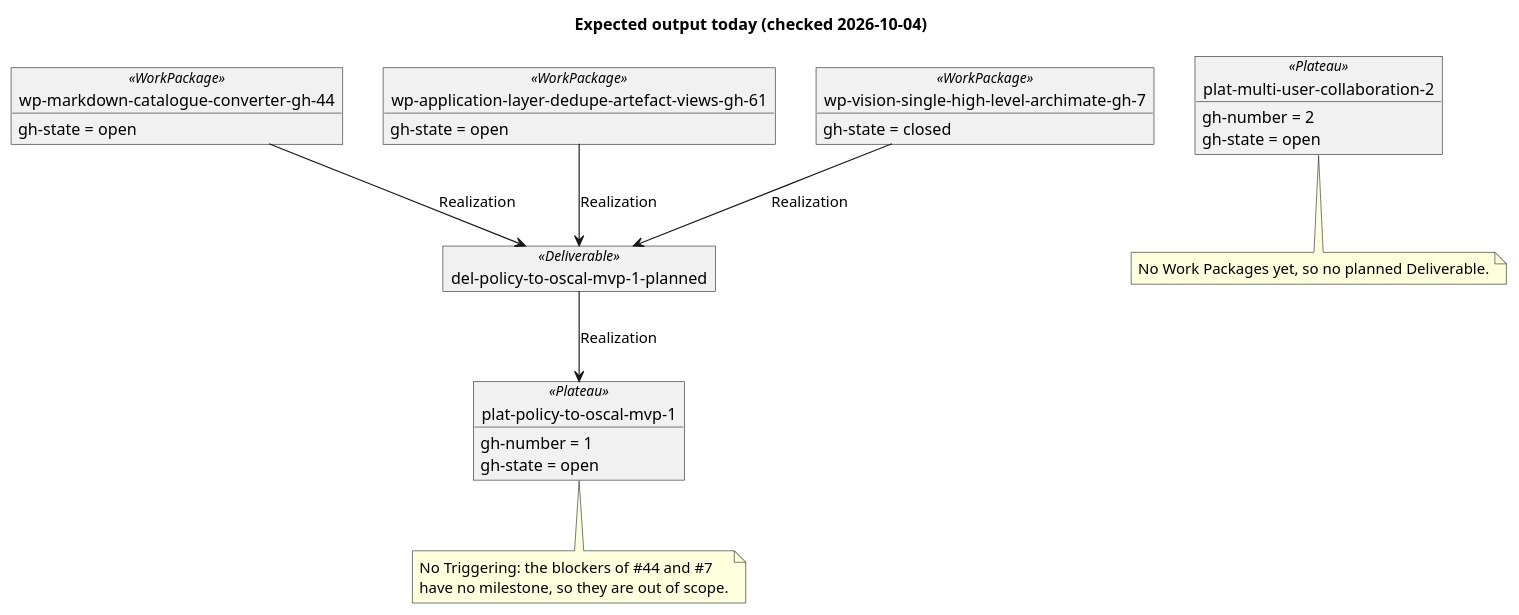
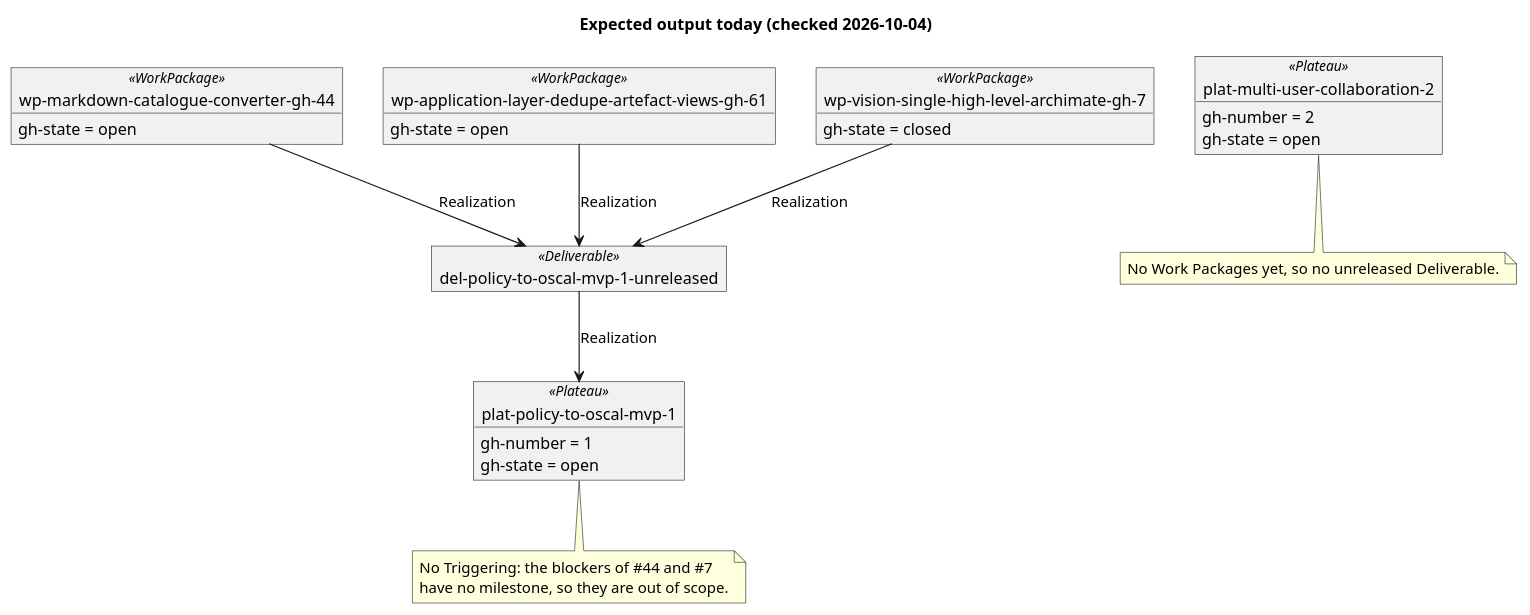
The diagram in specs/003-gh-roadmap-archimate/quickstart.md (wolffy-au/frictionless-architect), drawn with PlantUML before and after one commit. The commit also changed other lines of this file and 18 other files, not shown here.

````diff
--- a/specs/003-gh-roadmap-archimate/quickstart.md
+++ b/specs/003-gh-roadmap-archimate/quickstart.md
@@ -23,32 +23,32 @@
 ```plantuml
 @startuml
 title Expected output today (checked 2026-10-04)
 hide empty members
 
 object "plat-policy-to-oscal-mvp-1" as P <<Plateau>> {
   gh-number = 1
   gh-state = open
 }
 object "wp-markdown-catalogue-converter-gh-44" as W44 <<WorkPackage>> {
   gh-state = open
 }
 object "wp-application-layer-dedupe-artefact-views-gh-61" as W61 <<WorkPackage>> {
   gh-state = open
 }
 object "wp-vision-single-high-level-archimate-gh-7" as W7 <<WorkPackage>> {
   gh-state = closed
 }
 object "plat-multi-user-collaboration-2" as P2 <<Plateau>> {
   gh-number = 2
   gh-state = open
 }
-object "del-policy-to-oscal-mvp-1-planned" as D <<Deliverable>>
+object "del-policy-to-oscal-mvp-1-unreleased" as D <<Deliverable>>
 
 W44 --> D : Realization
 W61 --> D : Realization
 W7 --> D : Realization
 D --> P : Realization
-note bottom of P2 : No Work Packages yet, so no planned Deliverable.
+note bottom of P2 : No Work Packages yet, so no unreleased Deliverable.
 note bottom of P : No Triggering: the blockers of #44 and #7\nhave no milestone, so they are out of scope.
 @enduml
 ```
````
